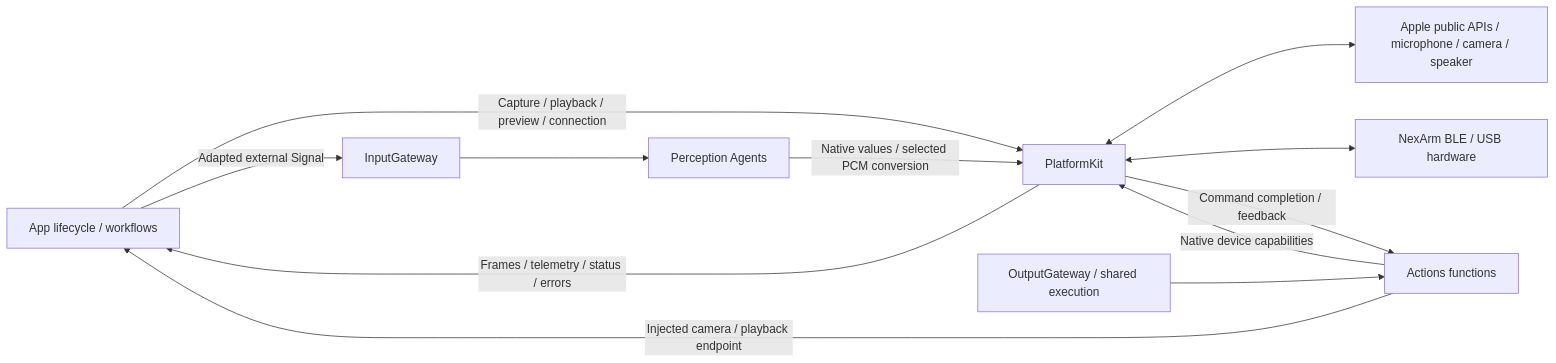
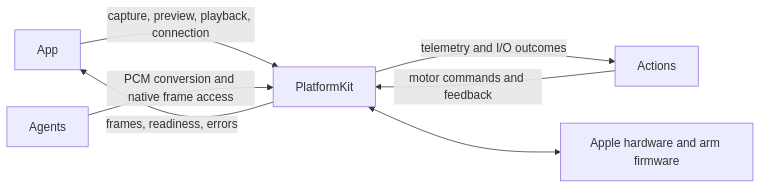
Before and after one commit to devilyouwei/MobileHarness: the first of 2 diagrams in MobileHarness/PlatformKit/README.md, drawn with Mermaid. The commit also changed other lines of this file and 116 other files, not shown here.

````diff
--- a/MobileHarness/PlatformKit/README.md
+++ b/MobileHarness/PlatformKit/README.md
@@ -11,14 +15,9 @@
 ```mermaid
 flowchart LR
-    App[App lifecycle / workflows] -->|Capture / playback / preview / connection| SDK[PlatformKit]
-    Gateway[OutputGateway / shared execution] --> Functions[Actions functions]
-    Functions -->|Native device capabilities| SDK
-    Functions -->|Injected camera / playback endpoint| App
-    Agents[Perception Agents] -->|Native values / selected PCM conversion| SDK
-    SDK <--> OS[Apple public APIs / microphone / camera / speaker]
-    SDK <--> Device[NexArm BLE / USB hardware]
-    SDK -->|Frames / telemetry / status / errors| App
-    SDK -->|Command completion / feedback| Functions
-    App -->|Adapted external Signal| Input[InputGateway]
-    Input --> Agents
+ App -->|capture, preview, playback, connection| PlatformKit
+ Actions -->|motor commands and feedback| PlatformKit
+ Agents -->|PCM conversion and native frame access| PlatformKit
+ PlatformKit -->|frames, readiness, errors| App
+ PlatformKit -->|telemetry and I/O outcomes| Actions
+ PlatformKit <--> Hardware[Apple hardware and arm firmware]
 ```
````
